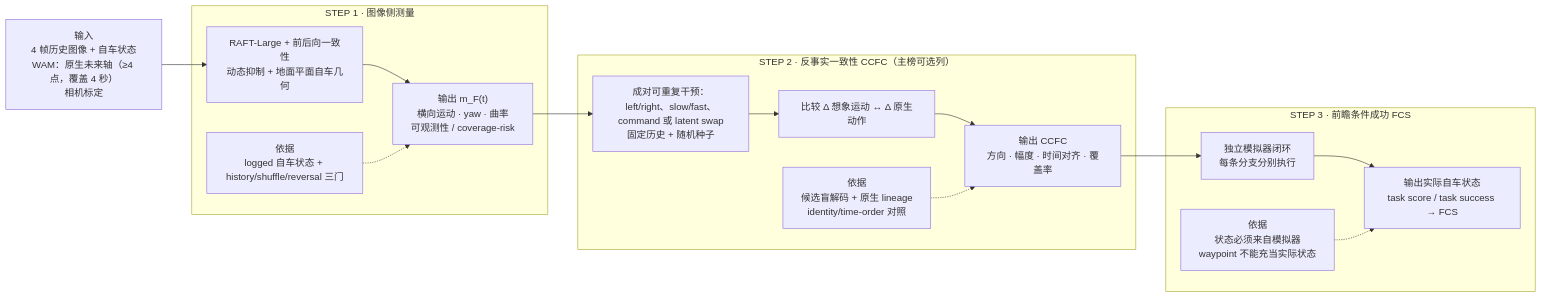
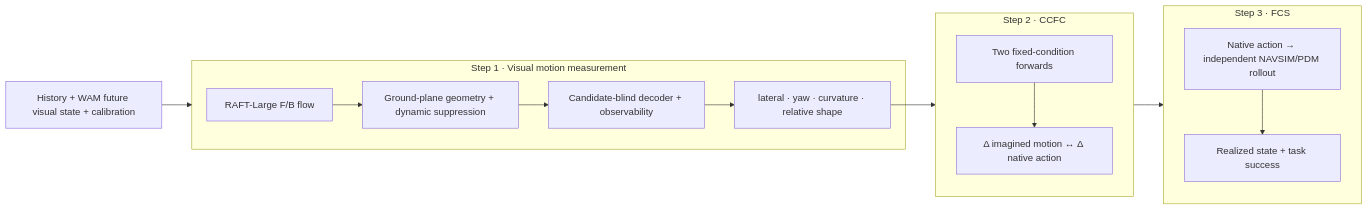
Before and after one commit to RiseBun/IAC-iclr: the diagram in README.md, drawn with Mermaid. The commit also changed other lines of this file and 38 other files, not shown here.

````diff
--- a/README.md
+++ b/README.md
@@ -32,28 +40,17 @@
 ```mermaid
 flowchart LR
-    I["输入<br/>4 帧历史图像 + 自车状态<br/>WAM：原生未来轴（≥4 点，覆盖 4 秒）<br/>相机标定"] --> A
-    subgraph S1["STEP 1 · 图像侧测量"]
-        A["RAFT-Large + 前后向一致性<br/>动态抑制 + 地面平面自车几何"]
-        O["输出 m_F(t)<br/>横向运动 · yaw · 曲率<br/>可观测性 / coverage-risk"]
-        B["依据<br/>logged 自车状态 + history/shuffle/reversal 三门"]
-        A --> O
-        B -.-> O
-    end
-    O --> D
-    subgraph S2["STEP 2 · 反事实一致性 CCFC（主榜可选列）"]
-        D["成对可重复干预：left/right、slow/fast、command 或 latent swap<br/>固定历史 + 随机种子"]
-        C["比较 Δ 想象运动 ↔ Δ 原生动作"]
-        Q["输出 CCFC<br/>方向 · 幅度 · 时间对齐 · 覆盖率"]
-        E["依据<br/>候选盲解码 + 原生 lineage<br/>identity/time-order 对照"]
-        D --> C --> Q
-        E -.-> Q
-    end
-    Q --> R
-    subgraph S3["STEP 3 · 前瞻条件成功 FCS"]
-        R["独立模拟器闭环<br/>每条分支分别执行"]
-        T["输出实际自车状态<br/>task score / task success → FCS"]
-        U["依据<br/>状态必须来自模拟器<br/>waypoint 不能充当实际状态"]
-        R --> T
-        U -.-> T
-    end
+  I["History + WAM future visual state + calibration"] --> S1
+  subgraph S1["Step 1 · Visual motion measurement"]
+    S1a["RAFT-Large F/B flow"] --> S1b["Ground-plane geometry + dynamic suppression"]
+    S1b --> S1c["Candidate-blind decoder + observability"]
+    S1c --> S1d["lateral · yaw · curvature · relative shape"]
+  end
+  S1d --> S2
+  subgraph S2["Step 2 · CCFC"]
+    S2a["Two fixed-condition forwards"] --> S2b["Δ imagined motion ↔ Δ native action"]
+  end
+  S2 --> S3
+  subgraph S3["Step 3 · FCS"]
+    S3a["Native action → independent NAVSIM/PDM rollout"] --> S3b["Realized state + task success"]
+  end
 ```
````
